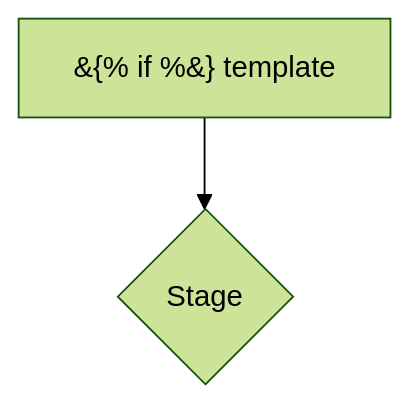
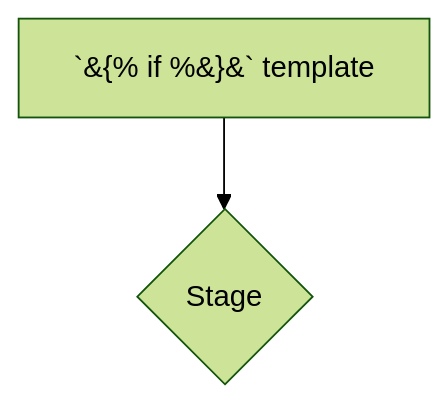
The fourth of 54 diagrams in test-fixtures/flowchart/INVALID_DIAGRAMS.md (probelabs/mermaid-lint), drawn with Mermaid (forest theme) before and after one commit. The commit also changed other lines of this file and 1 other file, not shown here.

Commit message:
previews(flowchart): do not enforce mermaid-cli validity for '--fix' (safe) previews; require only '--fix=all' outputs to validate

````diff
--- a/test-fixtures/flowchart/INVALID_DIAGRAMS.md
+++ b/test-fixtures/flowchart/INVALID_DIAGRAMS.md
@@ -741,6 +745,6 @@
 ```mermaid
 flowchart TD
-  A["&#123;% if %&#125; template"] --> B{Stage}
+  A["#96;&#123;% if %&#125;&#96; template"] --> B{Stage}
 
 
 ```
````
